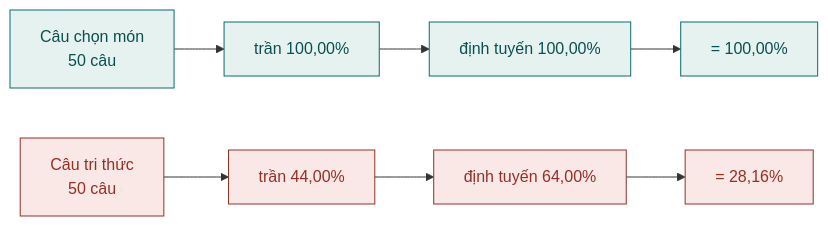
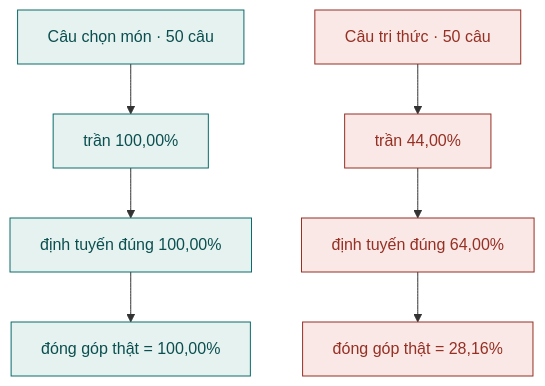
The eighth of 8 diagrams in docs/ai/BAO_CAO_HOC_MAY_KPDL.md (Anpham120/restaurant-qr-ai-ordering), drawn with Mermaid before and after one commit. The commit also changed other lines of this file and 7 other files, not shown here.

````diff
--- a/docs/ai/BAO_CAO_HOC_MAY_KPDL.md
+++ b/docs/ai/BAO_CAO_HOC_MAY_KPDL.md
@@ -1537,9 +1504,11 @@
 ```mermaid
-flowchart LR
-  A["Câu chọn món<br/>50 câu"] --> A1["trần 100,00%"] --> A2["định tuyến 100,00%"] --> A3["= 100,00%"]
-  C["Câu tri thức<br/>50 câu"] --> C1["trần 44,00%"] --> C2["định tuyến 64,00%"] --> C3["= 28,16%"]
+flowchart TB
+  A["Câu chọn món · 50 câu"] --> A1["trần 100,00%"]
+  A1 --> A2["định tuyến đúng 100,00%"] --> A3["đóng góp thật = 100,00%"]
+  C["Câu tri thức · 50 câu"] --> C1["trần 44,00%"]
+  C1 --> C2["định tuyến đúng 64,00%"] --> C3["đóng góp thật = 28,16%"]
   classDef ok fill:#e6f2f0,stroke:#0a6b6b,color:#0a4f4f;
   classDef bad fill:#f9e8e5,stroke:#962f24,color:#962f24;
   class A,A1,A2,A3 ok;
   class C,C1,C2,C3 bad;
 ```
````
